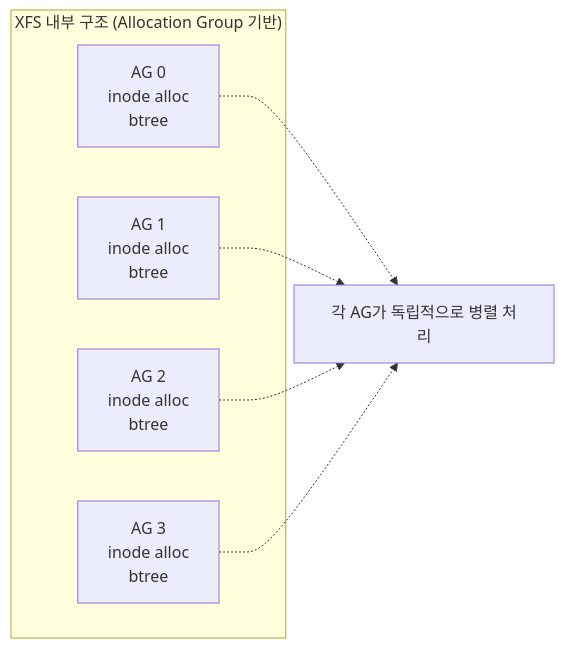
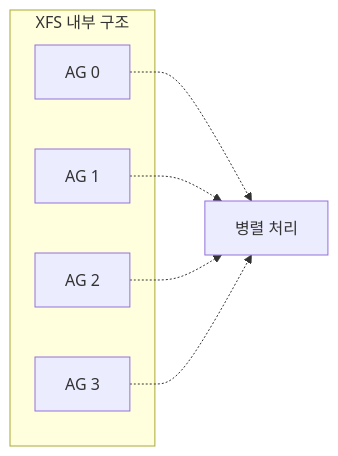
One commit to moonblueblue/devops-wiki changed the first of 3 diagrams in content/linux/filesystem-storage/filesystem-comparison.md. Above: the diagram before and after it, drawn with Mermaid. The commit also changed other lines of this file and 37 other files, not shown here.

First line of the commit message:
style: linux 카테고리 ASCII 도표·Mermaid 라벨 형식 교정

````diff
--- a/content/linux/filesystem-storage/filesystem-comparison.md
+++ b/content/linux/filesystem-storage/filesystem-comparison.md
@@ -151,14 +144,14 @@
 ```mermaid
 graph LR
-    subgraph xfs["XFS 내부 구조 (Allocation Group 기반)"]
-        AG0["AG 0<br/>inode alloc<br/>btree"]
-        AG1["AG 1<br/>inode alloc<br/>btree"]
-        AG2["AG 2<br/>inode alloc<br/>btree"]
-        AG3["AG 3<br/>inode alloc<br/>btree"]
+    subgraph xfs["XFS 내부 구조"]
+        AG0["AG 0"]
+        AG1["AG 1"]
+        AG2["AG 2"]
+        AG3["AG 3"]
     end
-    NOTE["각 AG가 독립적으로 병렬 처리"]
+    NOTE["병렬 처리"]
     AG0 -.-> NOTE
     AG1 -.-> NOTE
     AG2 -.-> NOTE
     AG3 -.-> NOTE
 ```
````
